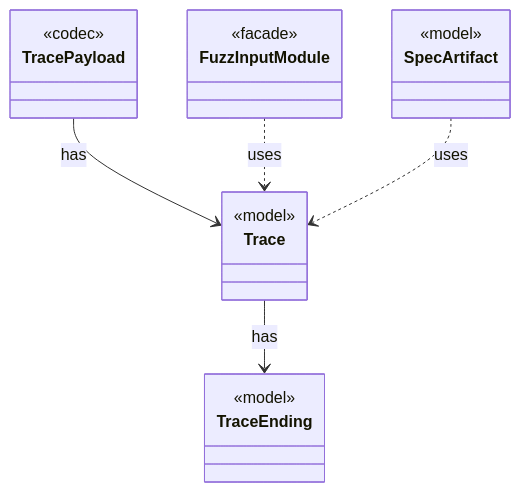
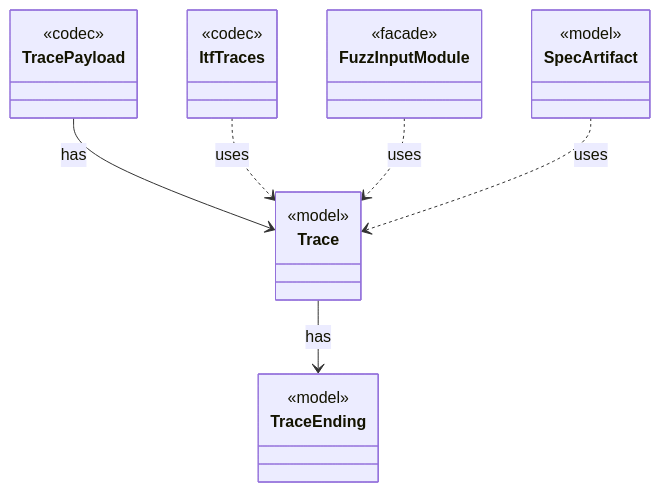
One commit to tlaplus/model-checker-hardening changed the diagram in dev/types/io.github.tlaplus.hardening.gen.trace.Trace.md. Above: the diagram before and after it, drawn with Mermaid. The commit also changed other lines of this file and 435 other files, not shown here.

````diff
--- a/dev/types/io.github.tlaplus.hardening.gen.trace.Trace.md
+++ b/dev/types/io.github.tlaplus.hardening.gen.trace.Trace.md
@@ -9,22 +9,26 @@
 ```mermaid
 classDiagram
   class Trace {
     <<model>>
   }
   class TraceEnding {
     <<model>>
   }
   class TracePayload {
     <<codec>>
   }
+  class ItfTraces {
+    <<codec>>
+  }
   class FuzzInputModule {
     <<facade>>
   }
   class SpecArtifact {
     <<model>>
   }
   Trace --> TraceEnding : has
   TracePayload --> Trace : has
+  ItfTraces ..> Trace : uses
   FuzzInputModule ..> Trace : uses
   SpecArtifact ..> Trace : uses
 ```
````
